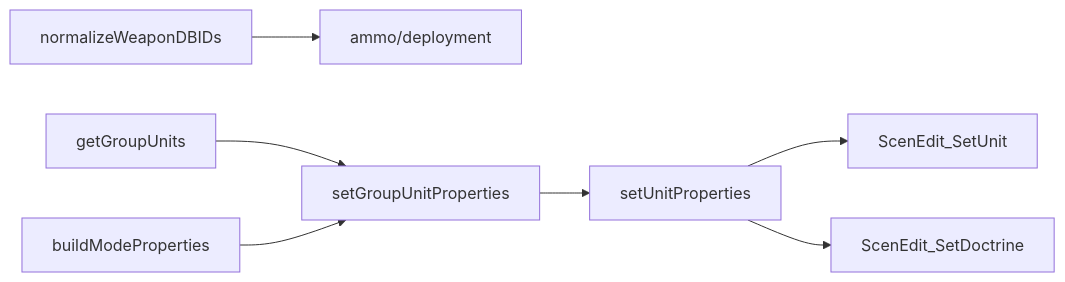
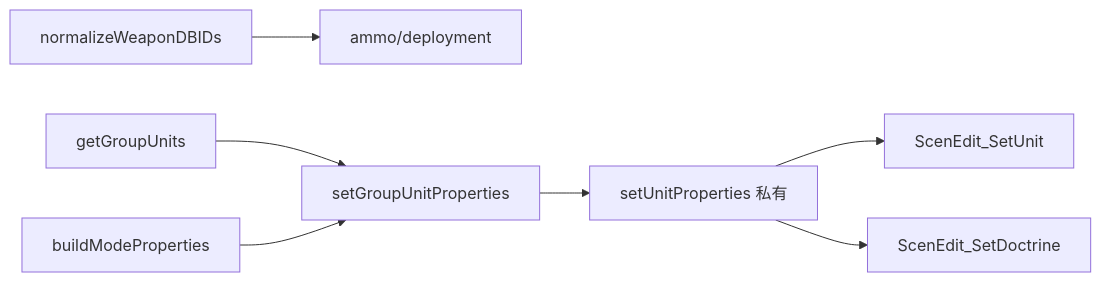
One commit to pullupjumper/formosa-in-flames changed the diagram in docs/missileSystem/shared.md. Above: the diagram before and after it, drawn with Mermaid. The commit also changed other lines of this file and 58 other files, not shown here.

````diff
--- a/docs/missileSystem/shared.md
+++ b/docs/missileSystem/shared.md
@@ -23,9 +23,9 @@
 ```mermaid
 flowchart LR
     A[normalizeWeaponDBIDs] --> B[ammo/deployment]
     C[getGroupUnits] --> D[setGroupUnitProperties]
     E[buildModeProperties] --> D
-    D --> F[setUnitProperties]
+    D --> F[setUnitProperties 私有]
     F --> G[ScenEdit_SetUnit]
     F --> H[ScenEdit_SetDoctrine]
 ```
````
